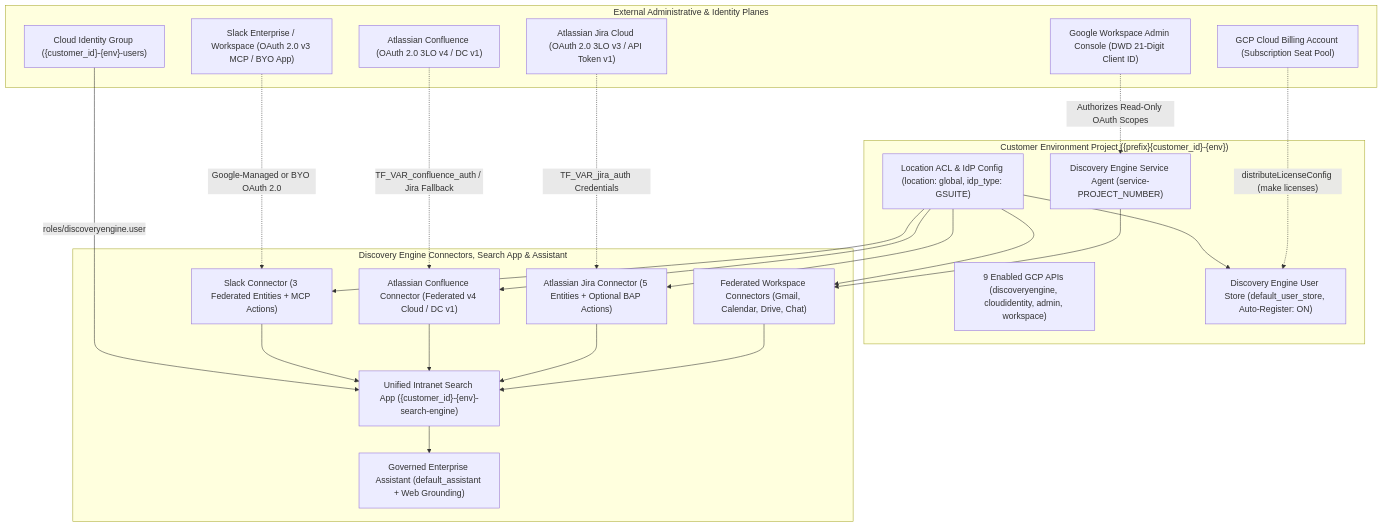
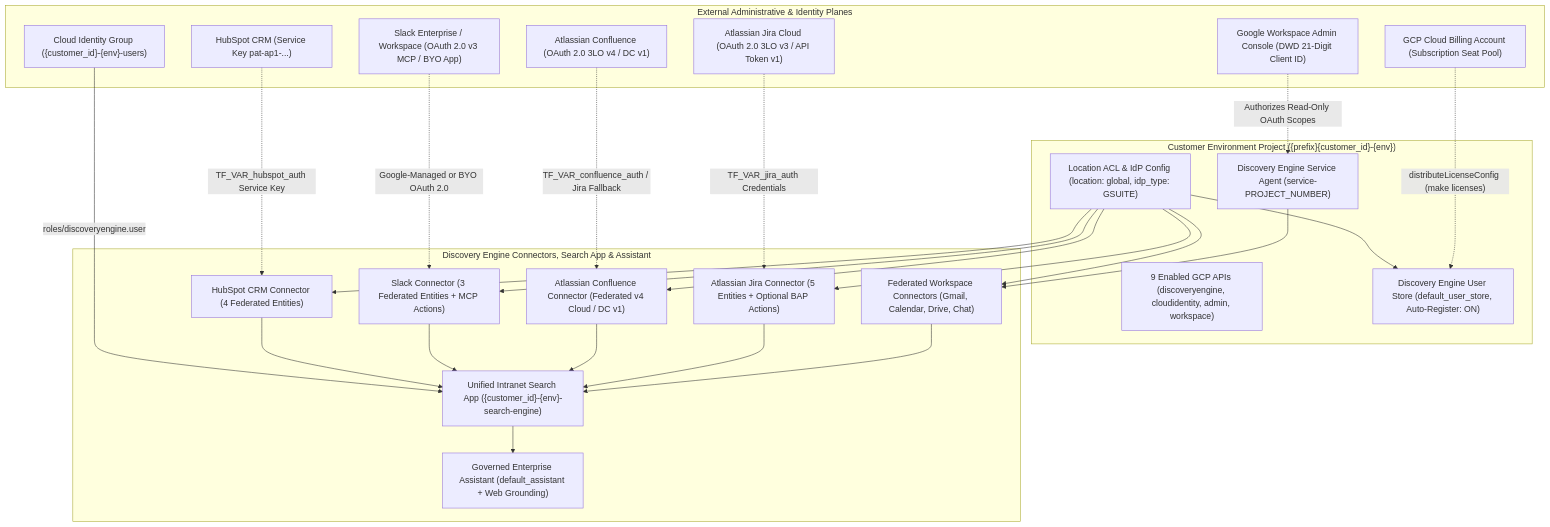
One commit to pedroccorreia/gemini-prism changed the first of 3 diagrams in PRACTITIONERS_GUIDE.md. Above: the diagram before and after it, drawn with Mermaid. The commit also changed other lines of this file and 12 other files, not shown here.

Commit message:
Latest changes + hubspot crm changes

````diff
--- a/PRACTITIONERS_GUIDE.md
+++ b/PRACTITIONERS_GUIDE.md
@@ -17,45 +17,50 @@
 ```mermaid
 flowchart TD
   subgraph AdminPlanes["External Administrative & Identity Planes"]
     WSGroup["Cloud Identity Group ({customer_id}-{env}-users)"]
     WSAdmin["Google Workspace Admin Console (DWD 21-Digit Client ID)"]
     JiraCloud["Atlassian Jira Cloud (OAuth 2.0 3LO v3 / API Token v1)"]
     ConfluenceCloud["Atlassian Confluence (OAuth 2.0 3LO v4 / DC v1)"]
     SlackTenant["Slack Enterprise / Workspace (OAuth 2.0 v3 MCP / BYO App)"]
+    HubSpotCRM["HubSpot CRM (Service Key pat-ap1-...)"]
     BillingPool["GCP Cloud Billing Account (Subscription Seat Pool)"]
   end
 
   subgraph GCPProject["Customer Environment Project ({prefix}{customer_id}-{env})"]
     APIs["9 Enabled GCP APIs (discoveryengine, cloudidentity, admin, workspace)"]
     SAgent["Discovery Engine Service Agent (service-PROJECT_NUMBER)"]
     ACL["Location ACL & IdP Config (location: global, idp_type: GSUITE)"]
     UStore["Discovery Engine User Store (default_user_store, Auto-Register: ON)"]
   end
 
   subgraph DataAndApps["Discovery Engine Connectors, Search App & Assistant"]
     WSConns["Federated Workspace Connectors (Gmail, Calendar, Drive, Chat)"]
     JiraConn["Atlassian Jira Connector (5 Entities + Optional BAP Actions)"]
     ConfluenceConn["Atlassian Confluence Connector (Federated v4 Cloud / DC v1)"]
     SlackConn["Slack Connector (3 Federated Entities + MCP Actions)"]
+    HubSpotConn["HubSpot CRM Connector (4 Federated Entities)"]
     Engine["Unified Intranet Search App ({customer_id}-{env}-search-engine)"]
     Assistant["Governed Enterprise Assistant (default_assistant + Web Grounding)"]
   end
 
   WSAdmin -.->|"Authorizes Read-Only OAuth Scopes"| SAgent
   JiraCloud -.->|"TF_VAR_jira_auth Credentials"| JiraConn
   ConfluenceCloud -.->|"TF_VAR_confluence_auth / Jira Fallback"| ConfluenceConn
   SlackTenant -.->|"Google-Managed or BYO OAuth 2.0"| SlackConn
+  HubSpotCRM -.->|"TF_VAR_hubspot_auth Service Key"| HubSpotConn
   BillingPool -.->|"distributeLicenseConfig (make licenses)"| UStore
   SAgent --> WSConns
   ACL --> UStore
   ACL --> WSConns
   ACL --> JiraConn
   ACL --> ConfluenceConn
   ACL --> SlackConn
+  ACL --> HubSpotConn
   WSConns --> Engine
   JiraConn --> Engine
   ConfluenceConn --> Engine
   SlackConn --> Engine
+  HubSpotConn --> Engine
   Engine --> Assistant
   WSGroup -->|"roles/discoveryengine.user"| Engine
 ```
````
